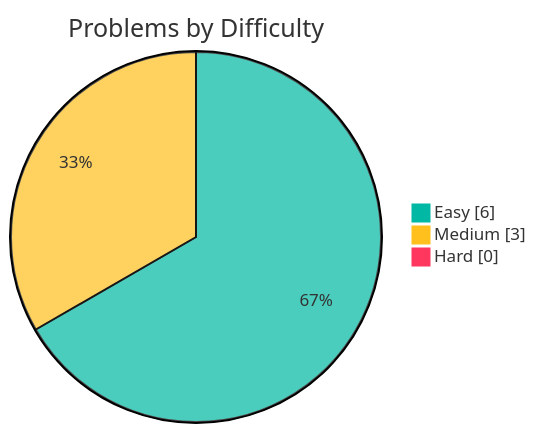
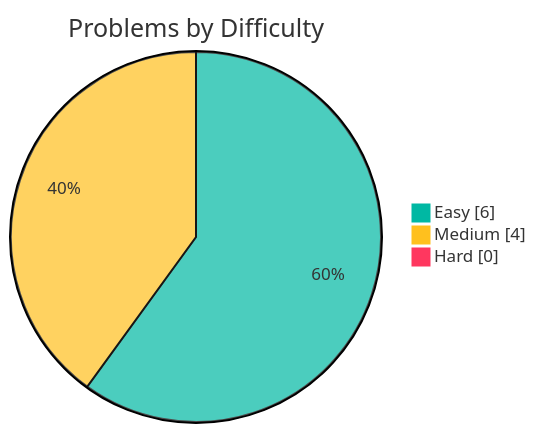
One commit to samy-D5/Leetcode changed the first of 2 diagrams in README.md. Above: the diagram before and after it, drawn with Mermaid. The commit also changed other lines of this file, not shown here.

````diff
--- a/README.md
+++ b/README.md
@@ -10,7 +10,7 @@
 ```mermaid
 %%{init: {"theme":"base","themeVariables":{"pie1":"#00b8a3","pie2":"#ffc01e","pie3":"#ff375f"}}}%%
 pie showData title Problems by Difficulty
     "Easy" : 6
-    "Medium" : 3
+    "Medium" : 4
     "Hard" : 0
 ```
````
